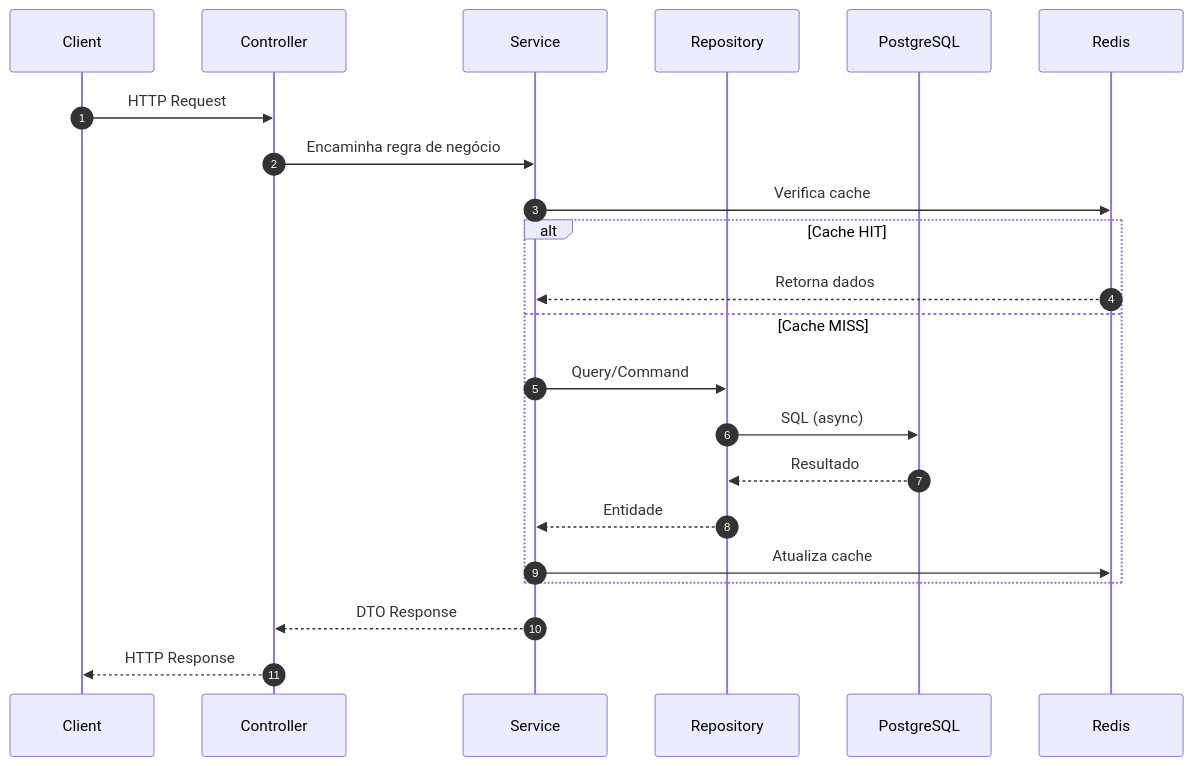
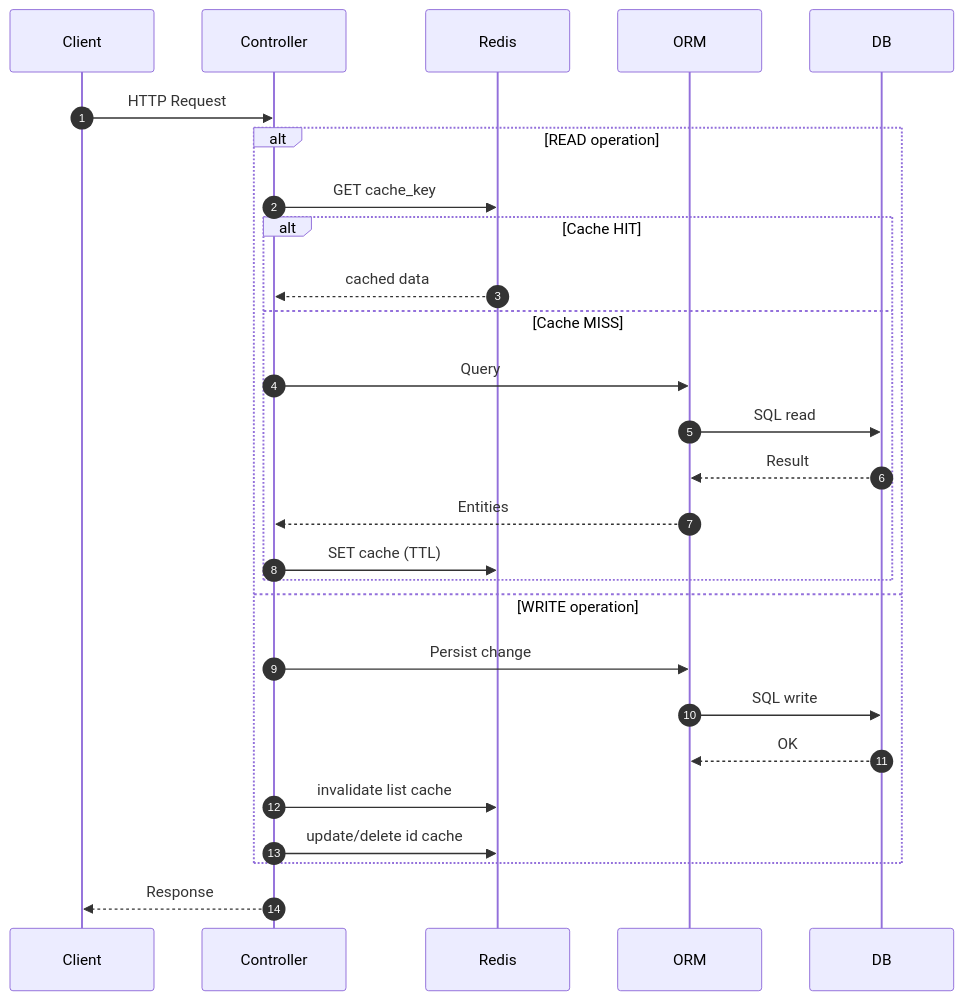
Before and after one commit to Tasinato/JABUTI-FASTAPI: the second of 2 diagrams in README.md, drawn with Mermaid.

Commit message:
Update sequence diagram in README.md

````diff
--- a/README.md
+++ b/README.md
@@ -59,27 +59,35 @@
 ```mermaid
 sequenceDiagram
   autonumber
-  participant C as Client
-  participant CTRL as Controller
-  participant SVC as Service
-  participant M as Repository
-  participant DB as PostgreSQL
-  participant R as Redis
+  participant Client
+  participant Controller
+  participant Redis
+  participant ORM
+  participant DB
 
-  C->>CTRL: HTTP Request
-  CTRL->>SVC: Encaminha regra de negócio
-  SVC->>R: Verifica cache
+  Client->>Controller: HTTP Request
 
-  alt Cache HIT
-    R-->>SVC: Retorna dados
-  else Cache MISS
-    SVC->>M: Query/Command
-    M->>DB: SQL (async)
-    DB-->>M: Resultado
-    M-->>SVC: Entidade
-    SVC->>R: Atualiza cache
+  alt READ operation
+      Controller->>Redis: GET cache_key
+
+      alt Cache HIT
+          Redis-->>Controller: cached data
+      else Cache MISS
+          Controller->>ORM: Query
+          ORM->>DB: SQL read
+          DB-->>ORM: Result
+          ORM-->>Controller: Entities
+          Controller->>Redis: SET cache (TTL)
+      end
+
+  else WRITE operation
+      Controller->>ORM: Persist change
+      ORM->>DB: SQL write
+      DB-->>ORM: OK
+      Controller->>Redis: invalidate list cache
+      Controller->>Redis: update/delete id cache
   end
 
-  SVC-->>CTRL: DTO Response
-  CTRL-->>C: HTTP Response
+  Controller-->>Client: Response
+
 ```
````
